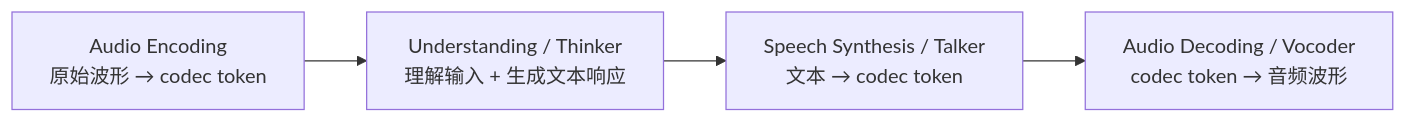
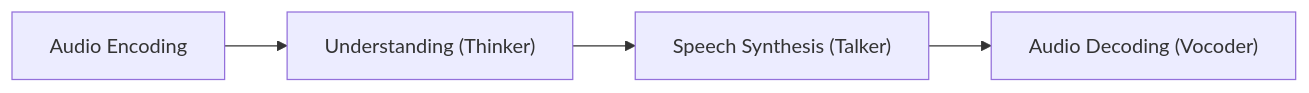
The first of 2 diagrams in transformers/omni/readme.md (zhaochenyang20/Awesome-ML-SYS-Tutorial), drawn with Mermaid before and after one commit. The commit also changed other lines of this file and 1 other file, not shown here.

Commit message:
[upd] thinker talker arch

````diff
--- a/transformers/omni/readme.md
+++ b/transformers/omni/readme.md
@@ -38,6 +26,6 @@
 ```mermaid
 graph LR
-    A["Audio Encoding<br/>原始波形 → codec token"] --> B["Understanding / Thinker<br/>理解输入 + 生成文本响应"]
-    B --> C["Speech Synthesis / Talker<br/>文本 → codec token"]
-    C --> D["Audio Decoding / Vocoder<br/>codec token → 音频波形"]
+    A["Audio Encoding"] --> B["Understanding (Thinker)"]
+    B --> C["Speech Synthesis (Talker)"]
+    C --> D["Audio Decoding (Vocoder)"]
 ```
````
